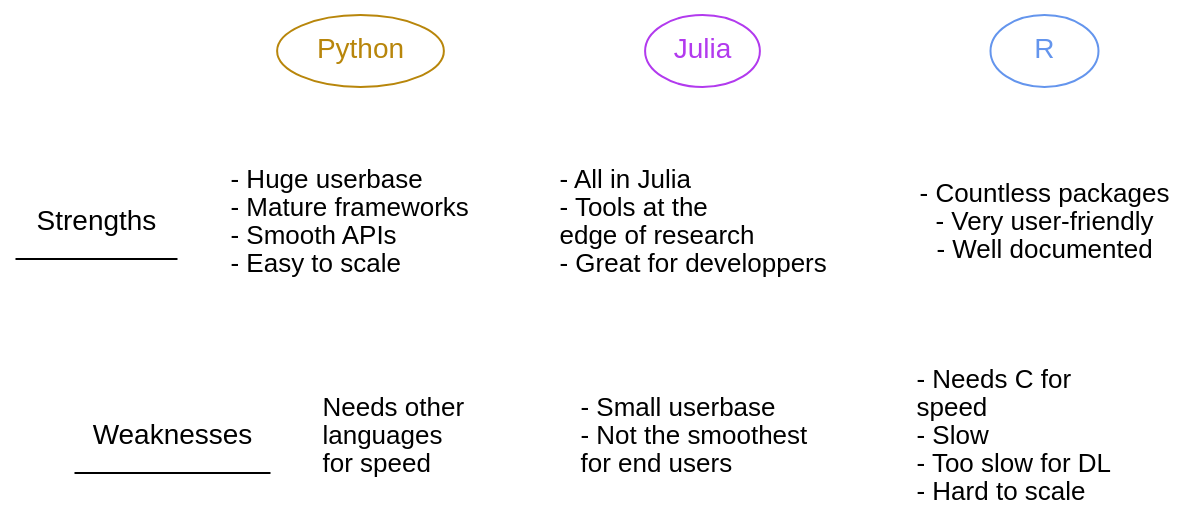
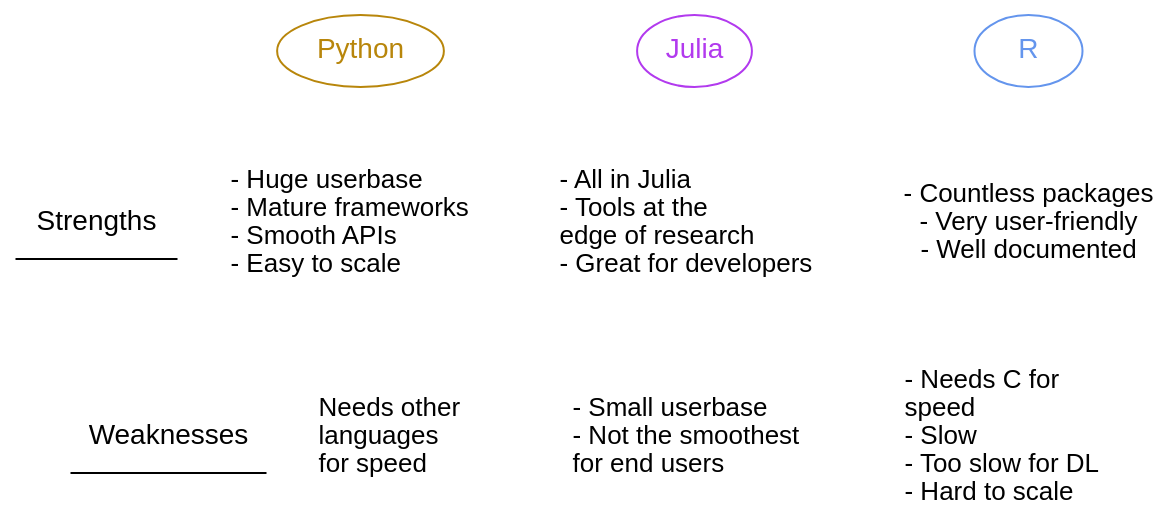
Before and after one commit to WestDRI/arc-training: diagram 19 of 24 in ai/wb_frameworks_slides.qmd, drawn with Graphviz. The commit also changed other lines of this file and 78 other files, not shown here.

````diff
--- a/ai/wb_frameworks_slides.qmd
+++ b/ai/wb_frameworks_slides.qmd
@@ -1166,36 +1166,36 @@
 ```{dot}
 //| echo: false
 
 strict graph {
 
 bgcolor="transparent"
 graph [fontname="Inconsolata, sans-serif"]
 node [fontname="Inconsolata, sans-serif"]
 edge [style=invis]
 
 1 [label="- Huge userbase\l- Mature frameworks\l- Smooth APIs\l- Easy to scale\l", shape=plaintext, fontsize=13]
 2 [label="Needs other\llanguages\lfor speed\l", shape=plaintext, fontsize=13]
-3 [label="- All in Julia\l- Tools at the\ledge of research\l- Great for developpers\l", shape=plaintext, fontsize=13, URL="https://sciml.ai/"]
+3 [label="- All in Julia\l- Tools at the\ledge of research\l- Great for developers\l", shape=plaintext, fontsize=13, URL="https://sciml.ai/"]
 4 [label="- Small userbase\l- Not the smoothest\lfor end users\l", shape=plaintext, fontsize=13]
 5 [label="- Countless packages\n- Very user-friendly\n- Well documented", shape=plaintext, fontsize=13]
 6 [label="- Needs C for\lspeed\l- Slow\l- Too slow for DL\l- Hard to scale\l", shape=plaintext, fontsize=13]
 
 Strengths [shape=underline]
 Weaknesses [shape=underline]
 
 Python [color=darkgoldenrod, fontcolor=darkgoldenrod, URL="https://www.python.org/"]
 Julia [color=darkorchid2, fontcolor=darkorchid2, URL="https://julialang.org/"]
 R [color=cornflowerblue, fontcolor=cornflowerblue, URL="https://www.r-project.org/"]
 
 {rank=same; Strengths 1 3 5}
 {rank=same; Weaknesses 2 4 6}
 
 Python -- 1 -- 2
 Julia -- 3 -- 4
 R -- 5 -- 6
 
 Strengths -- 1 -- 3 -- 5
 Weaknesses -- 2 -- 4 -- 6
 
 }
 ```
````
